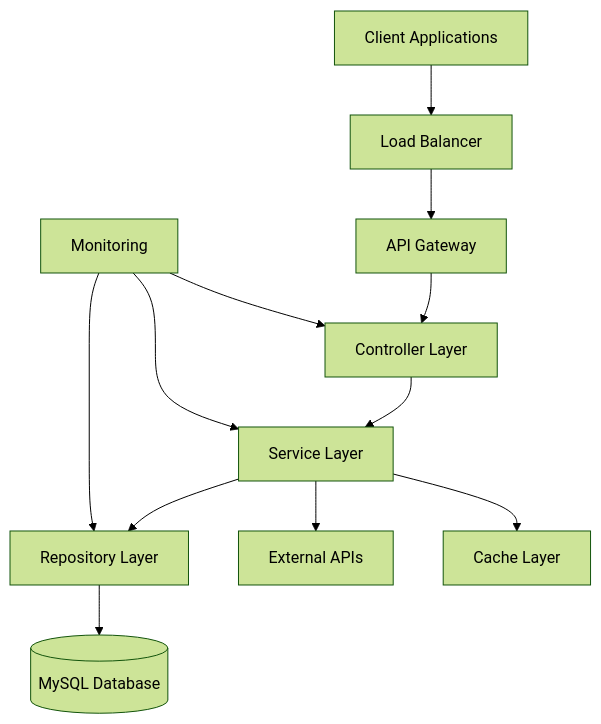
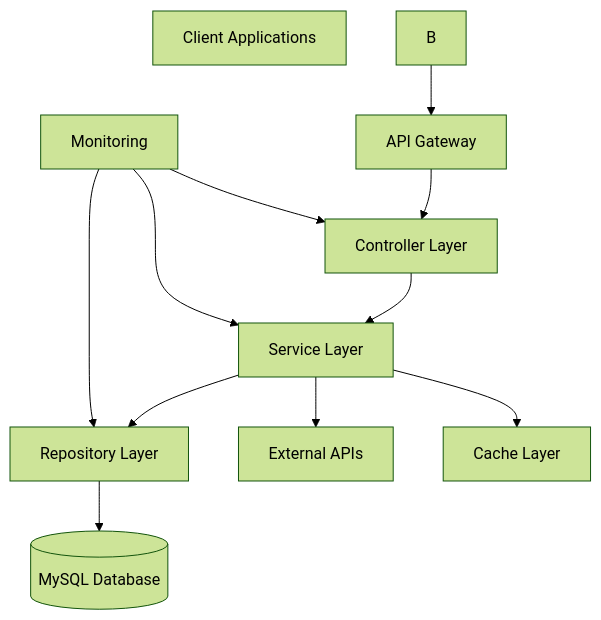
The diagram in README.md (kishorek03/transaction-manager), drawn with Mermaid (forest theme) before and after one commit. The commit also changed other lines of this file, not shown here.

````diff
--- a/README.md
+++ b/README.md
@@ -103,16 +101,16 @@
 ```mermaid
 graph TB
-    A[Client Applications] --> B[Load Balancer]
+    A[Client Applications]
     B --> C[API Gateway]
     C --> D[Controller Layer]
     D --> E[Service Layer]
     E --> F[Repository Layer]
     F --> G[(MySQL Database)]
     
     E --> H[External APIs]
     E --> I[Cache Layer]
     
     J[Monitoring] --> D
     J --> E
     J --> F
 ```
````
